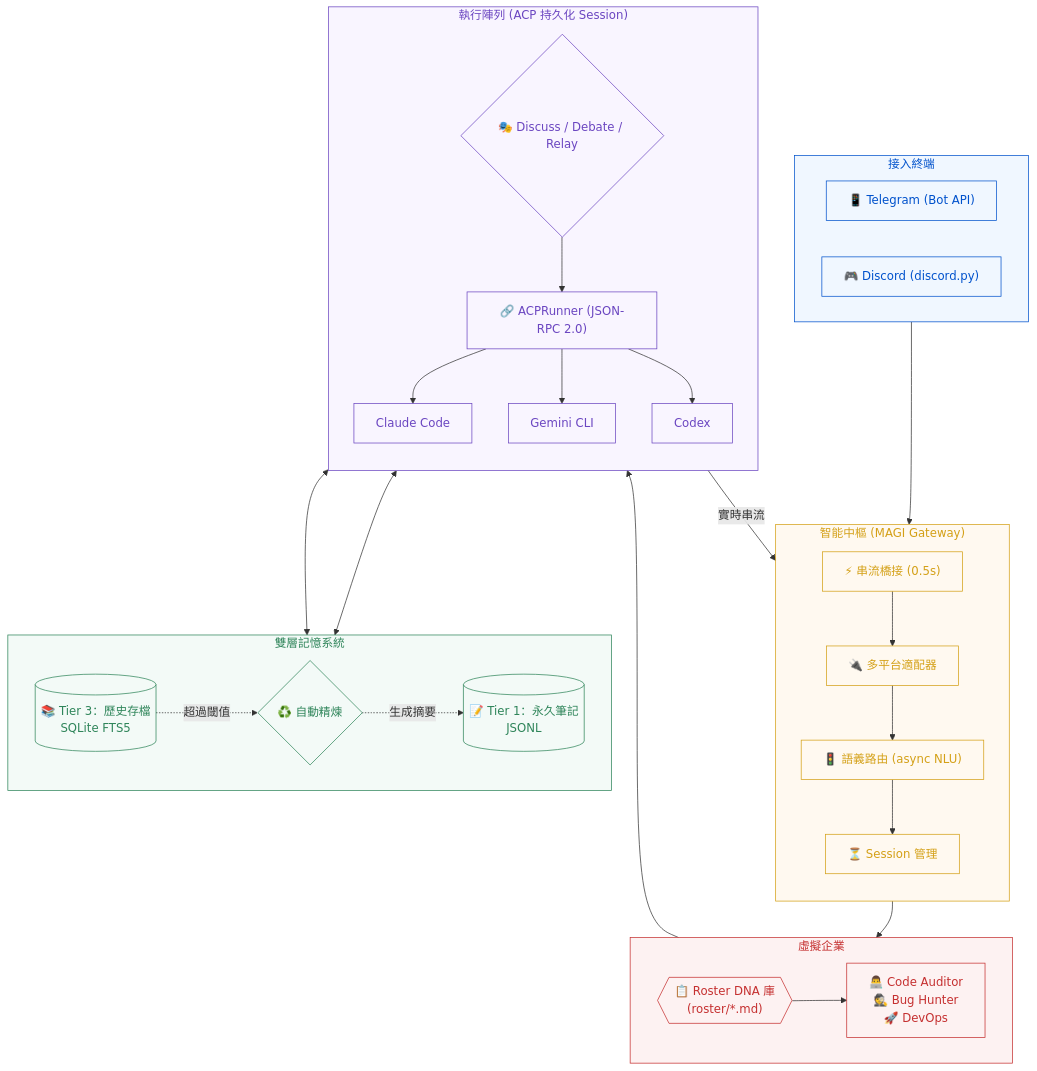
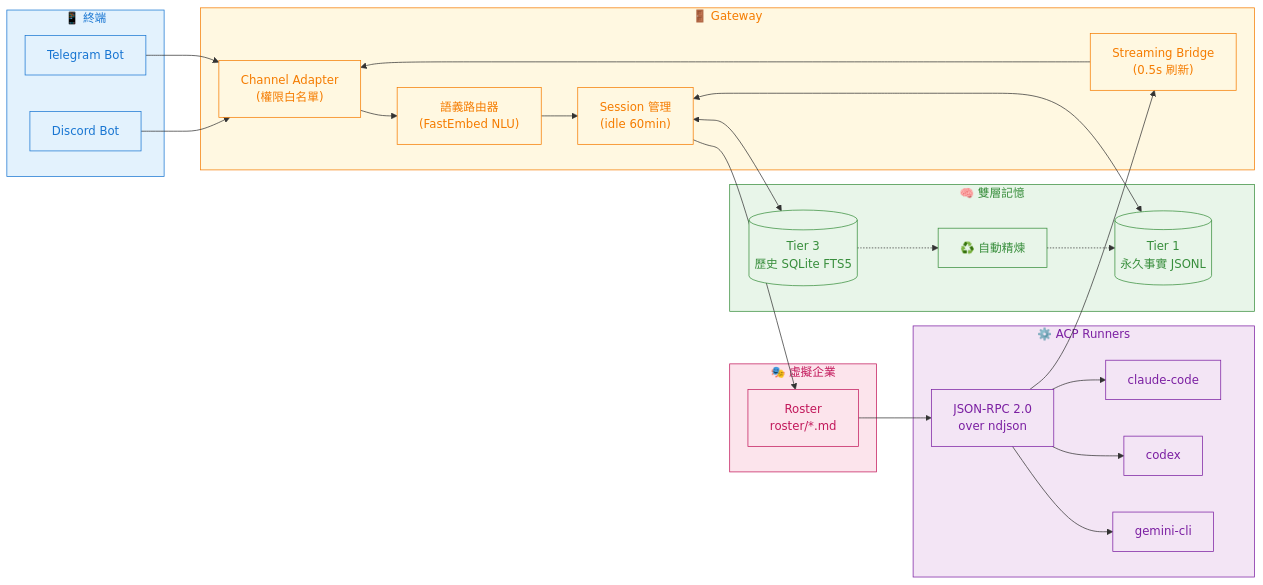
The diagram in README.md (nchiyi/mini_agent_team), drawn with Mermaid before and after one commit. The commit also changed other lines of this file and 1 other file, not shown here.

````diff
--- a/README.md
+++ b/README.md
@@ -13,65 +13,50 @@
 ```mermaid
-flowchart TB
-    subgraph Clients ["接入終端"]
-        TG["📱 Telegram (Bot API)"]
-        DC["🎮 Discord (discord.py)"]
+flowchart LR
+    subgraph Client["📱 終端"]
+        TG["Telegram Bot"]
+        DC["Discord Bot"]
     end
 
-    subgraph Gateway ["智能中樞 (MAGI Gateway)"]
-        direction TB
-        Adapter["🔌 多平台適配器"]
-        Router["🚦 語義路由 (async NLU)"]
-        Session["⏳ Session 管理"]
-        Bridge["⚡ 串流橋接 (0.5s)"]
+    subgraph Gateway["🚪 Gateway"]
+        ADAPT["Channel Adapter<br/>(權限白名單)"]
+        ROUTE["語義路由器<br/>(FastEmbed NLU)"]
+        SESS["Session 管理<br/>(idle 60min)"]
+        BRIDGE["Streaming Bridge<br/>(0.5s 刷新)"]
     end
 
-    subgraph Agency ["虛擬企業"]
-        direction LR
-        Roster{{"📋 Roster DNA 庫<br/>(roster/*.md)"}}
-        Roles["👨‍💻 Code Auditor<br/>🕵️ Bug Hunter<br/>🚀 DevOps"]
+    subgraph Memory["🧠 雙層記憶"]
+        T1[("Tier 1<br/>永久事實 JSONL")]
+        T3[("Tier 3<br/>歷史 SQLite FTS5")]
+        DIST["♻️ 自動精煉"]
     end
 
-    subgraph Memory ["雙層記憶系統"]
-        direction LR
-        T1[("📝 Tier 1：永久筆記<br/>JSONL")]
-        T3[("📚 Tier 3：歷史存檔<br/>SQLite FTS5")]
-        Distill{"♻️ 自動精煉"}
+    subgraph Agency["🎭 虛擬企業"]
+        ROSTER["Roster<br/>roster/*.md"]
     end
 
-    subgraph Runners ["執行陣列 (ACP 持久化 Session)"]
-        direction TB
-        Orchestrator{"🎭 Discuss / Debate / Relay"}
-        ACP["🔗 ACPRunner (JSON-RPC 2.0)"]
-        CL["Claude Code"]
-        GM["Gemini CLI"]
-        CX["Codex"]
+    subgraph Runners["⚙️ ACP Runners"]
+        ACP["JSON-RPC 2.0<br/>over ndjson"]
+        CL["claude-code"]
+        CX["codex"]
+        GM["gemini-cli"]
     end
 
-    Clients --> Adapter
-    Adapter --> Router
-    Router --> Session
-    Session --> Roster
-    Roster --> Roles
-    Roles --> Orchestrator
+    TG & DC --> ADAPT --> ROUTE --> SESS
+    SESS <--> T1 & T3
+    T3 -.-> DIST -.-> T1
+    SESS --> ROSTER
+    ROSTER --> ACP
+    ACP --> CL & CX & GM
+    ACP --> BRIDGE --> ADAPT
 
-    Orchestrator <--> T1 & T3
-    T3 -.->|超過閾值| Distill
-    Distill -.->|生成摘要| T1
-
-    Orchestrator --> ACP
-    ACP --> CL & GM & CX
-    ACP -- "實時串流" --> Bridge
-    Bridge --> Adapter
-
-    classDef platform fill:#f0f7ff,stroke:#0052cc,color:#0052cc
-    classDef magi fill:#fff9f0,stroke:#d4a017,color:#d4a017
-    classDef agency fill:#fdf2f2,stroke:#c53030,color:#c53030
-    classDef memory fill:#f3faf7,stroke:#2f855a,color:#2f855a
-    classDef exec fill:#f9f5ff,stroke:#6b46c1,color:#6b46c1
-
-    class Clients,TG,DC platform
-    class Gateway,Adapter,Router,Session,Bridge magi
-    class Agency,Roster,Roles agency
-    class Memory,T1,T3,Distill memory
-    class Runners,Orchestrator,ACP,CL,GM,CX exec
+    classDef c fill:#e3f2fd,stroke:#1976d2,color:#1976d2
+    classDef g fill:#fff8e1,stroke:#f57c00,color:#f57c00
+    classDef m fill:#e8f5e9,stroke:#388e3c,color:#388e3c
+    classDef a fill:#fce4ec,stroke:#c2185b,color:#c2185b
+    classDef r fill:#f3e5f5,stroke:#7b1fa2,color:#7b1fa2
+    class Client,TG,DC c
+    class Gateway,ADAPT,ROUTE,SESS,BRIDGE g
+    class Memory,T1,T3,DIST m
+    class Agency,ROSTER a
+    class Runners,ACP,CL,CX,GM r
 ```
````
